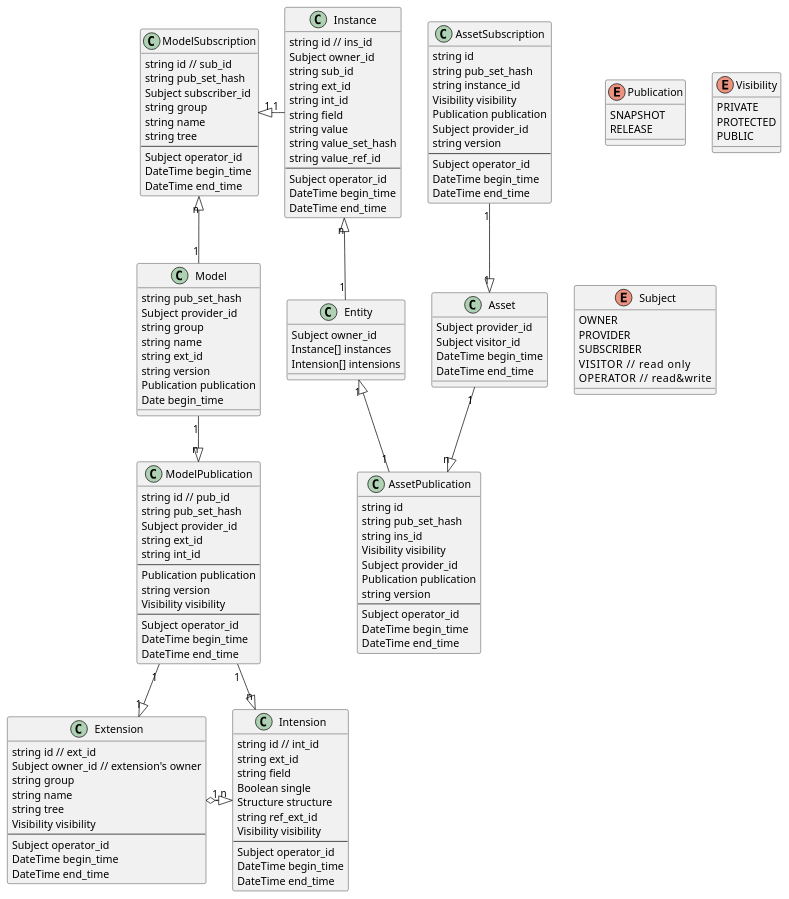
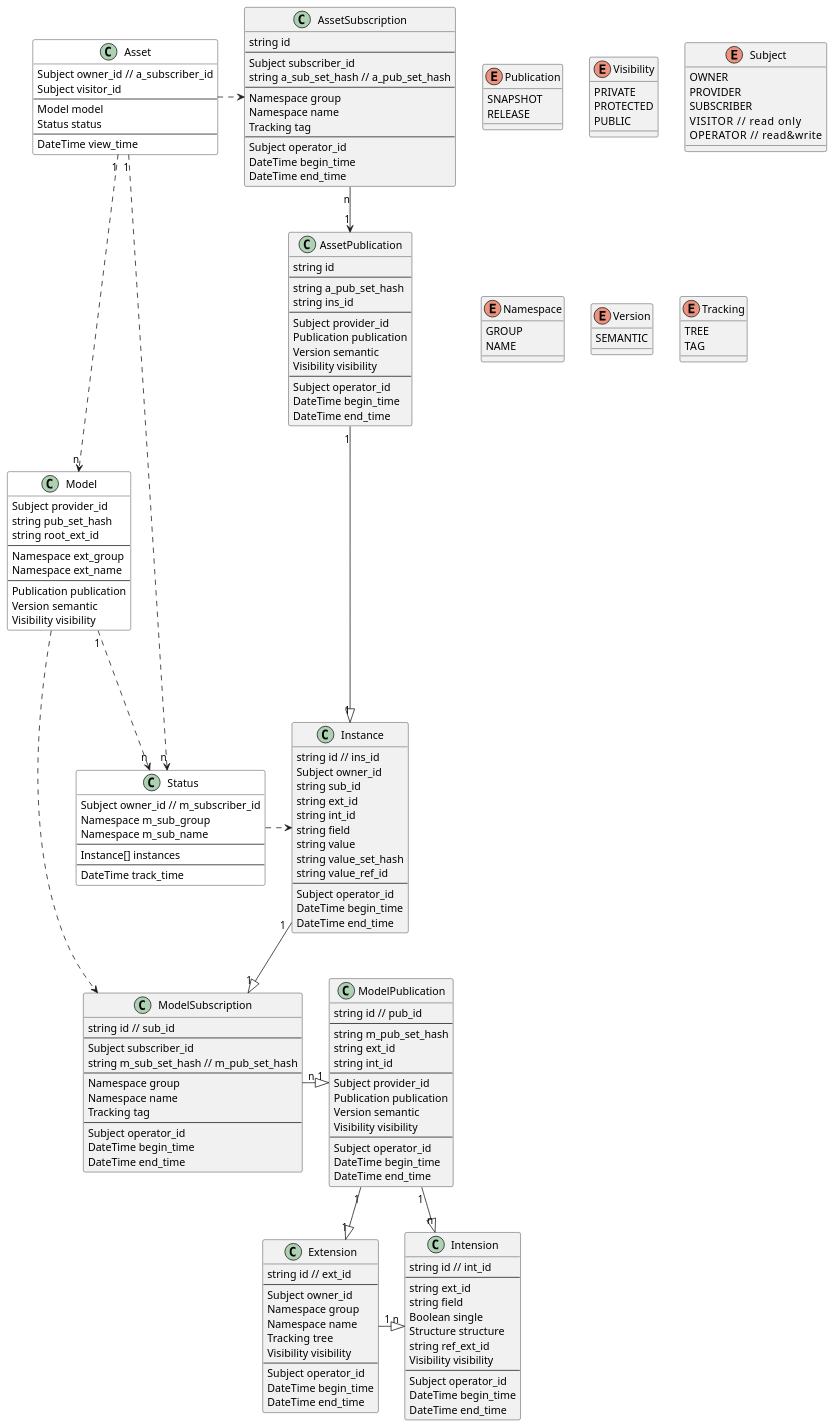
Before and after one commit to SINeWang/kiimate: the diagram in metamate.puml, drawn with PlantUML. The commit also changed 1 other file, not shown here.

```diff
--- a/metamate.puml
+++ b/metamate.puml
@@ -1,42 +1,75 @@
 @startuml
 
 
-'Instance "1" --|>  "n" InstanceTag
+Instance "1" -down-|>  "1" ModelSubscription
 
-Instance "1" --left-|>  "1" ModelSubscription
+Asset .right..> AssetSubscription
 
-Model "1" -up-|>  "n" ModelSubscription
+Status ..right.> Instance
 
-Model "1" --|>  "n" ModelPublication
+Model ..right.> ModelSubscription
+
+Asset "1" ...> "n" Model
+Asset "1" ...> "n" Status
+Model "1" ...> "n" Status
+
+
+
+ModelSubscription "n" -right-|> "1" ModelPublication
 
 ModelPublication "1" --|>  "1" Extension
 ModelPublication "1" --|>  "n" Intension
 
-Extension "1" o--right--|> "n" Intension
+Extension "1" --right--|> "n" Intension
 
-Entity "1" -up-|> "n" Instance
+AssetPublication "1" -down-|> "1" Instance
 
-AssetPublication "1" -up-|> "1" Entity
+AssetSubscription "n" -right-> "1" AssetPublication
 
-AssetSubscription "1" -down-|> "1" Asset
 
-Asset "1" --|> "n" AssetPublication
 
-class Asset {
-    Subject provider_id
+class Asset #FFFFFF {
+    Subject owner_id // a_subscriber_id
     Subject visitor_id
-    DateTime begin_time
-    DateTime end_time
+    ---
+    Model model
+    Status status
+    ---
+    DateTime view_time
 }
 
-class AssetSubscription{
+class Status #FFFFFF {
+    Subject owner_id // m_subscriber_id
+    Namespace m_sub_group
+    Namespace m_sub_name
+    ---
+    Instance[] instances
+    ---
+    DateTime track_time
+}
+
+class Model #FFFFFF {
+    Subject provider_id
+    string pub_set_hash
+    string root_ext_id
+    ---
+    Namespace ext_group
+    Namespace ext_name
+    ---
+    Publication publication
+    Version semantic
+    Visibility visibility
+}
+
+class AssetSubscription {
     string id
-    string pub_set_hash
-    string instance_id
-    Visibility visibility
-    Publication publication
-    Subject provider_id
-    string version
+    ---
+    Subject subscriber_id
+    string a_sub_set_hash // a_pub_set_hash
+    ---
+    Namespace group
+    Namespace name
+    Tracking tag
     ---
     Subject operator_id
     DateTime begin_time
@@ -45,41 +78,29 @@
 
 class AssetPublication{
     string id
-    string pub_set_hash
+    ---
+    string a_pub_set_hash
     string ins_id
-    Visibility visibility
+    ---
     Subject provider_id
     Publication publication
-    string version
+    Version semantic
+    Visibility visibility
     ---
     Subject operator_id
     DateTime begin_time
     DateTime end_time
 }
 
-class Entity {
-    Subject owner_id
-    Instance[] instances
-    Intension[] intensions
-}
 
-class Model {
-    string pub_set_hash
-    Subject provider_id
-    string group
-    string name
-    string ext_id
-    string version
-    Publication publication
-    Date begin_time
-}
 
 class Extension {
     string id // ext_id
-    Subject owner_id // extension's owner
-    string group
-    string name
-    string tree
+    ---
+    Subject owner_id
+    Namespace group
+    Namespace name
+    Tracking tree
     Visibility visibility
     ---
     Subject operator_id
@@ -89,6 +110,7 @@
 
 class Intension {
     string id // int_id
+    ---
     string ext_id
     string field
     Boolean single
@@ -103,13 +125,14 @@
 
 class ModelPublication {
     string id // pub_id
-    string pub_set_hash
-    Subject provider_id
+    ---
+    string m_pub_set_hash
     string ext_id
     string int_id
     ---
+    Subject provider_id
     Publication publication
-    string version
+    Version semantic
     Visibility visibility
     ---
     Subject operator_id
@@ -119,11 +142,13 @@
 
 class ModelSubscription {
     string id // sub_id
-    string pub_set_hash
+    ---
     Subject subscriber_id
-    string group
-    string name
-    string tree
+    string m_sub_set_hash // m_pub_set_hash
+    ---
+    Namespace group
+    Namespace name
+    Tracking tag
     ---
     Subject operator_id
     DateTime begin_time
@@ -165,5 +190,18 @@
     OPERATOR    // read&write
 }
 
+enum Namespace {
+    GROUP
+    NAME
+}
+
+enum Version {
+    SEMANTIC
+}
+
+enum Tracking {
+    TREE
+    TAG
+}
 
 @enduml
```
